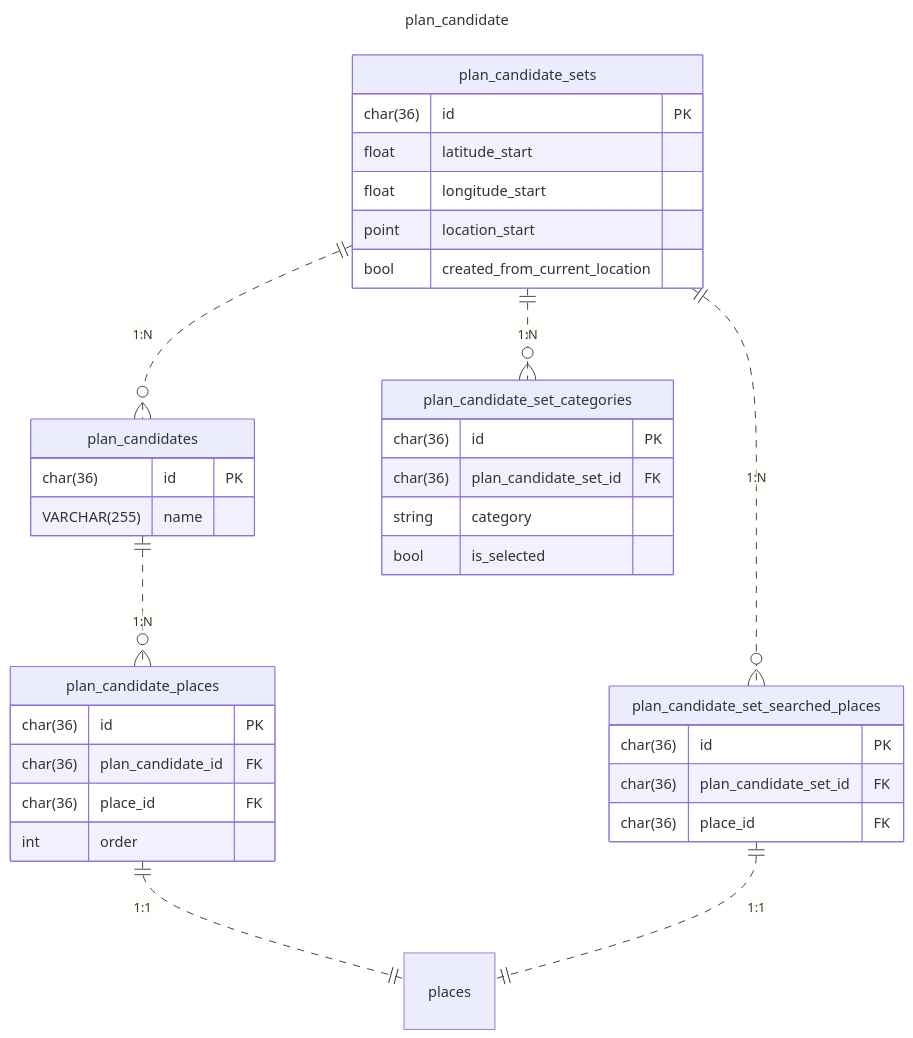
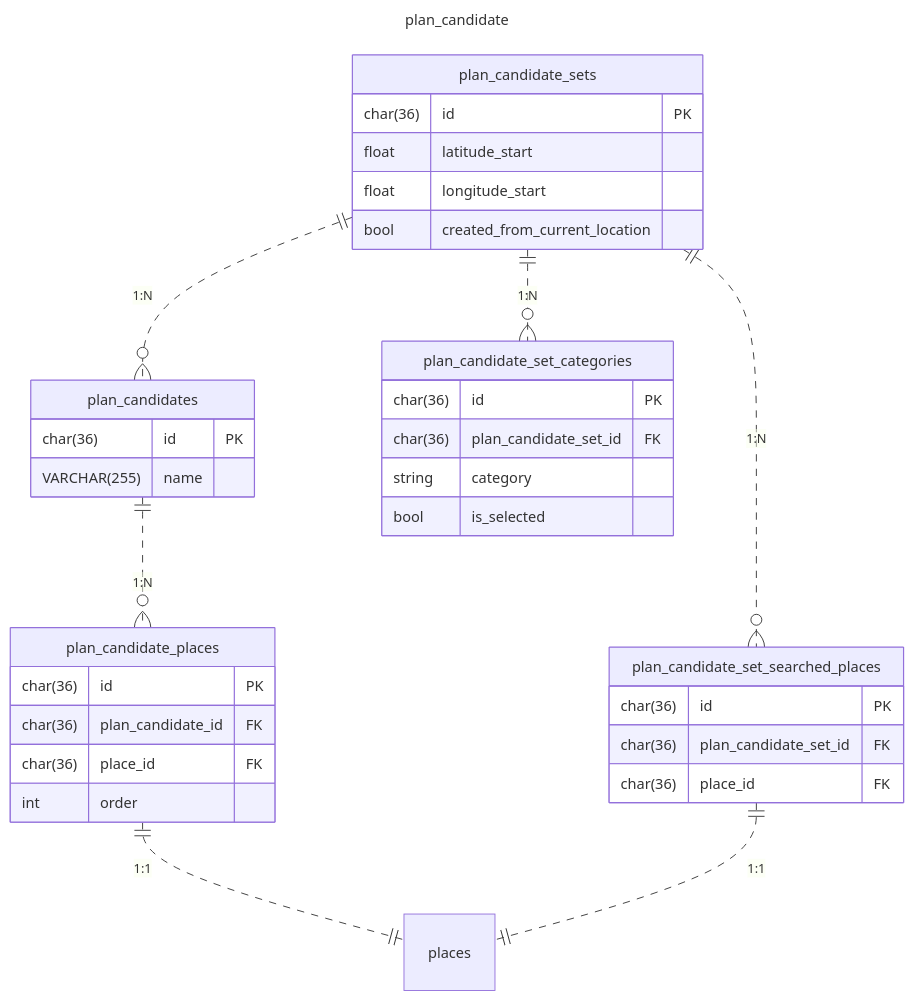
The third of 3 diagrams in doc/database/er.md (poroto-app/planner), drawn with Mermaid before and after one commit.

Commit message:
doc: point型のカラムを削除

````diff
--- a/doc/database/er.md
+++ b/doc/database/er.md
@@ -108,45 +108,44 @@
 ```mermaid
 ---
 title: plan_candidate
 ---
 erDiagram
     plan_candidate_sets {
         char(36) id PK
         float latitude_start
         float longitude_start
-        point location_start
         bool created_from_current_location
     }
 
     plan_candidates {
         char(36) id PK
         VARCHAR(255) name
     }
 
     plan_candidate_set_searched_places {
         char(36) id PK
         char(36) plan_candidate_set_id FK
         char(36) place_id FK
     }
 
     plan_candidate_places {
         char(36) id PK
         char(36) plan_candidate_id FK
         char(36) place_id FK
         int order
     }
 
     plan_candidate_set_categories {
         char(36) id PK
         char(36) plan_candidate_set_id FK
         string category
         bool is_selected
     }
 
     plan_candidate_sets ||..o{ plan_candidates: "1:N"
     plan_candidate_sets ||..o{ plan_candidate_set_categories: "1:N"
     plan_candidate_sets ||..o{ plan_candidate_set_searched_places: "1:N"
     plan_candidates ||..o{ plan_candidate_places: "1:N"
     plan_candidate_places ||..|| places: "1:1"
     plan_candidate_set_searched_places ||..|| places: "1:1"
 ```
````
